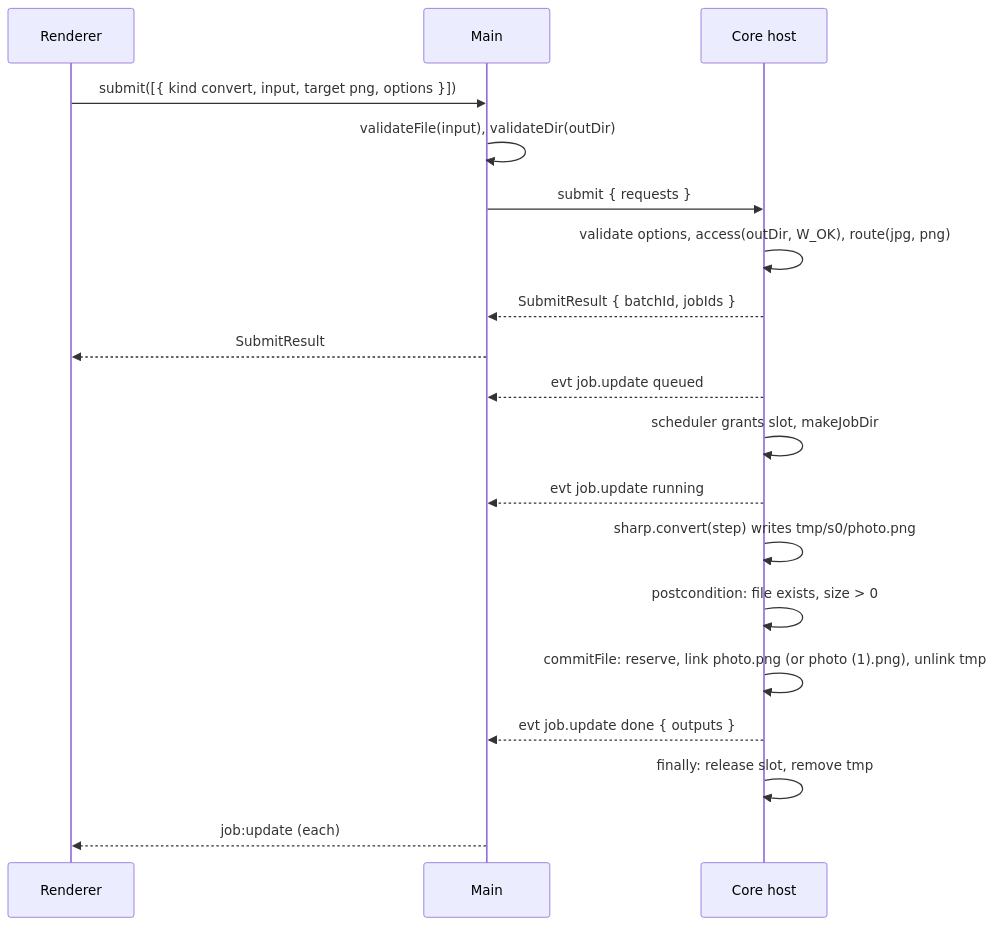
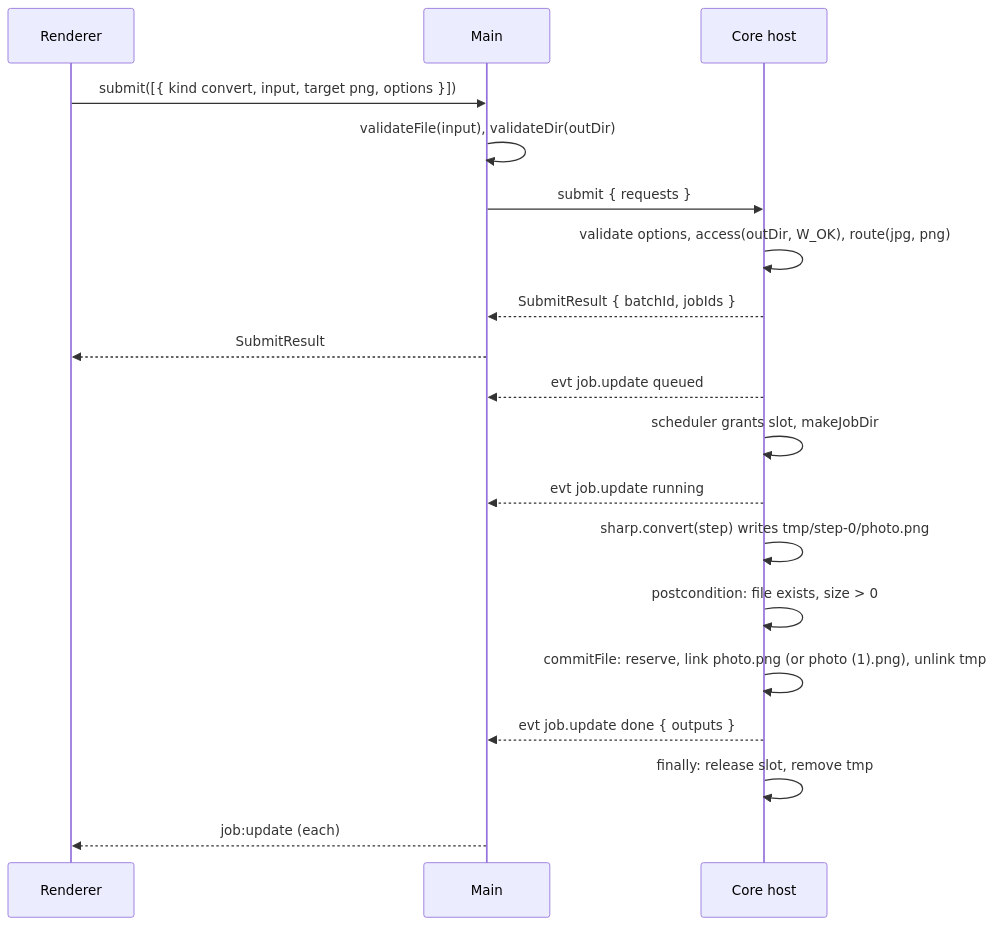
Before and after one commit to Anuragvish22/FileCon: the seventh of 19 diagrams in docs/FLOWS.md, drawn with Mermaid. The commit also changed other lines of this file and 26 other files, not shown here.

First line of the commit message:
M0-4: graph and routing; lint-enforced naming rule

````diff
--- a/docs/FLOWS.md
+++ b/docs/FLOWS.md
@@ -151,21 +151,21 @@
 ```mermaid
 sequenceDiagram
   participant Renderer
   participant Main
   participant Core as Core host
   Renderer->>Main: submit([{ kind convert, input, target png, options }])
   Main->>Main: validateFile(input), validateDir(outDir)
   Main->>Core: submit { requests }
   Core->>Core: validate options, access(outDir, W_OK), route(jpg, png)
   Core-->>Main: SubmitResult { batchId, jobIds }
   Main-->>Renderer: SubmitResult
   Core-->>Main: evt job.update queued
   Core->>Core: scheduler grants slot, makeJobDir
   Core-->>Main: evt job.update running
-  Core->>Core: sharp.convert(step) writes tmp/s0/photo.png
+  Core->>Core: sharp.convert(step) writes tmp/step-0/photo.png
   Core->>Core: postcondition: file exists, size > 0
   Core->>Core: commitFile: reserve, link photo.png (or photo (1).png), unlink tmp
   Core-->>Main: evt job.update done { outputs }
   Core->>Core: finally: release slot, remove tmp
   Main-->>Renderer: job:update (each)
 ```
````
